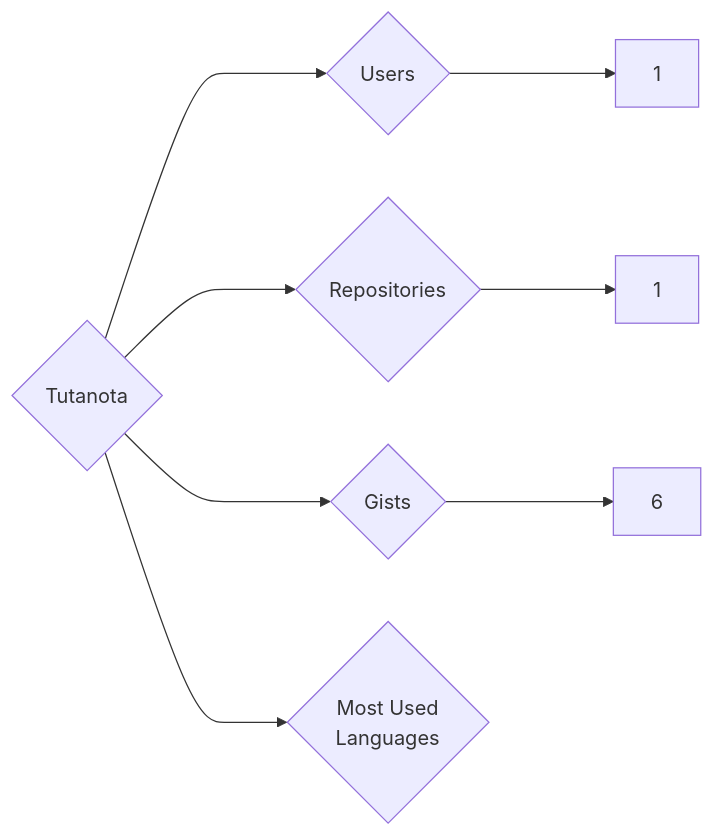
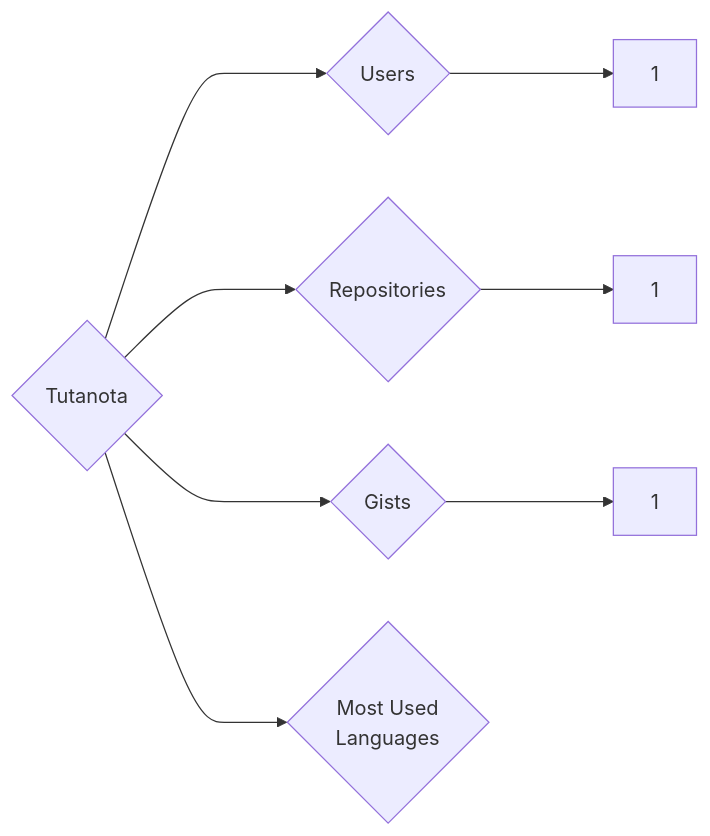
One commit to trickest/insiders changed the diagram in targets/Tutanota/README.md. Above: the diagram before and after it, drawn with Mermaid. The commit also changed 794 other files, not shown here.

````diff
--- a/targets/Tutanota/README.md
+++ b/targets/Tutanota/README.md
@@ -3,8 +3,8 @@
 ```mermaid
 graph LR
 COMPANY_NAME{Tutanota}
 COMPANY_NAME ---> U{Users} ---> UN[1]
 COMPANY_NAME ---> R{Repositories} ---> RN[1]
-COMPANY_NAME ---> G{Gists} ---> GN[6]
+COMPANY_NAME ---> G{Gists} ---> GN[1]
 COMPANY_NAME ---> ML{Most Used<br>Languages}
 ```
````
